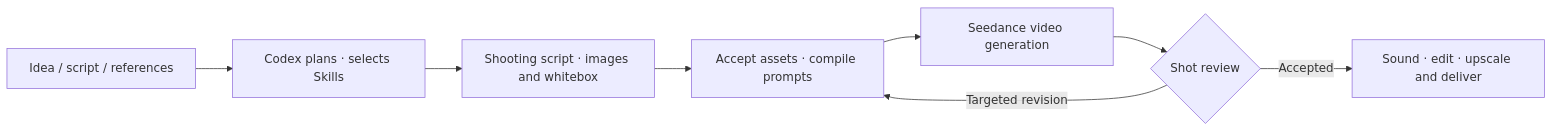
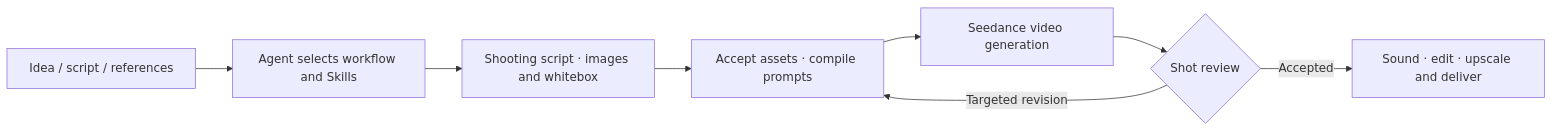
Before and after one commit to jiushiaaa/open-drama-flow: the diagram in README.md, drawn with Mermaid. The commit also changed other lines of this file and 57 other files, not shown here.

````diff
--- a/README.md
+++ b/README.md
@@ -87,10 +162,10 @@
 ```mermaid
 flowchart LR
-    A[Idea / script / references] --> B[Codex plans · selects Skills]
+    A[Idea / script / references] --> B[Agent selects workflow and Skills]
     B --> C[Shooting script · images and whitebox]
     C --> D[Accept assets · compile prompts]
     D --> E[Seedance video generation]
     E --> F{Shot review}
     F -->|Targeted revision| D
     F -->|Accepted| G[Sound · edit · upscale and deliver]
 ```
````
